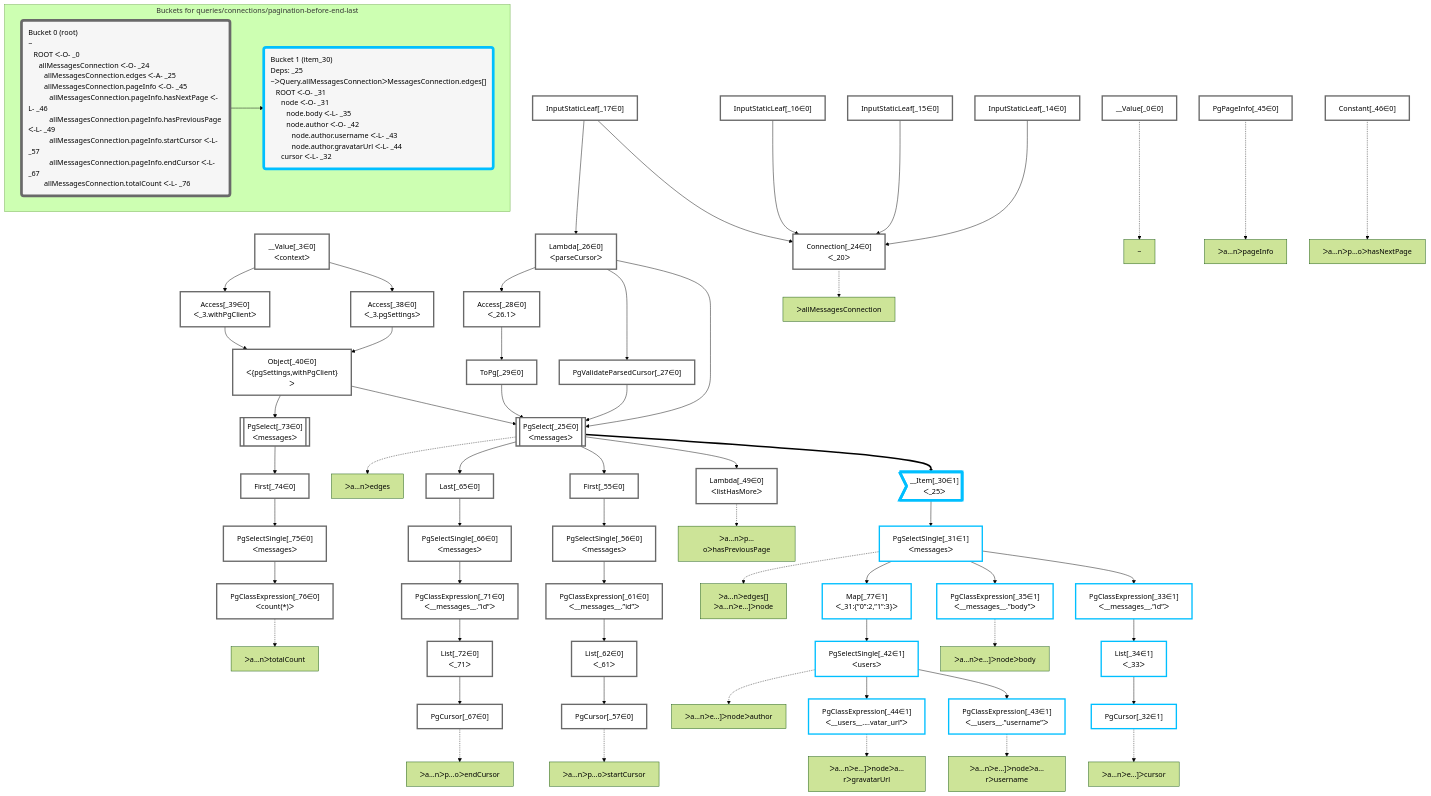
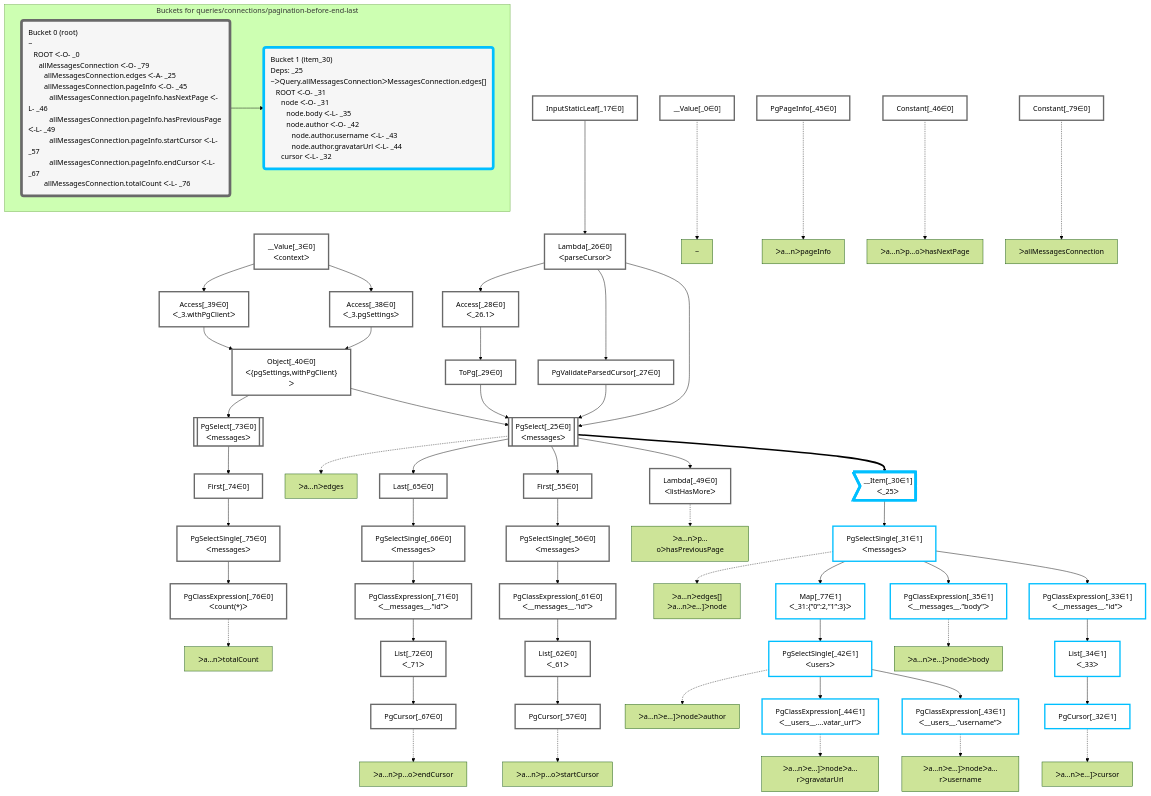
The diagram in packages/dataplan-pg/__tests__/queries/connections/pagination-before-end-last.mermaid.md (graphile/crystal), drawn with Mermaid (forest theme) before and after one commit. The commit also changed 57 other files, not shown here.

```diff
--- a/packages/dataplan-pg/__tests__/queries/connections/pagination-before-end-last.mermaid.md
+++ b/packages/dataplan-pg/__tests__/queries/connections/pagination-before-end-last.mermaid.md
@@ -39,15 +39,12 @@
     Access_38["Access[_38∈0]<br />ᐸ_3.pgSettingsᐳ"]:::plan
     Access_39["Access[_39∈0]<br />ᐸ_3.withPgClientᐳ"]:::plan
     __Value_3["__Value[_3∈0]<br />ᐸcontextᐳ"]:::plan
-    Connection_24["Connection[_24∈0]<br />ᐸ_20ᐳ"]:::plan
-    InputStaticLeaf_14["InputStaticLeaf[_14∈0]"]:::plan
-    InputStaticLeaf_15["InputStaticLeaf[_15∈0]"]:::plan
-    InputStaticLeaf_16["InputStaticLeaf[_16∈0]"]:::plan
     PgValidateParsedCursor_27["PgValidateParsedCursor[_27∈0]"]:::plan
     ToPg_29["ToPg[_29∈0]"]:::plan
     Access_28["Access[_28∈0]<br />ᐸ_26.1ᐳ"]:::plan
     Lambda_26["Lambda[_26∈0]<br />ᐸparseCursorᐳ"]:::plan
     InputStaticLeaf_17["InputStaticLeaf[_17∈0]"]:::plan
+    Constant_79["Constant[_79∈0]"]:::plan
     PgPageInfo_45["PgPageInfo[_45∈0]"]:::plan
     Constant_46["Constant[_46∈0]"]:::plan
 
@@ -81,7 +78,6 @@
     Access_38 & Access_39 --> Object_40
     __Value_3 --> Access_38
     __Value_3 --> Access_39
-    InputStaticLeaf_14 & InputStaticLeaf_15 & InputStaticLeaf_16 & InputStaticLeaf_17 --> Connection_24
     Lambda_26 --> PgValidateParsedCursor_27
     Access_28 --> ToPg_29
     Lambda_26 --> Access_28
@@ -90,8 +86,6 @@
     %% plan-to-path relationships
     P_0["~"]
     __Value_0 -.-> P_0
-    P_24["ᐳallMessagesConnection"]
-    Connection_24 -.-> P_24
     P_25["ᐳa…nᐳedges"]
     PgSelect_25 -.-> P_25
     P_31["ᐳa…nᐳedges[]<br />ᐳa…nᐳe…]ᐳnode"]
@@ -118,11 +112,13 @@
     PgCursor_67 -.-> P_67
     P_76["ᐳa…nᐳtotalCount"]
     PgClassExpression_76 -.-> P_76
+    P_79["ᐳallMessagesConnection"]
+    Constant_79 -.-> P_79
 
     subgraph "Buckets for queries/connections/pagination-before-end-last"
-    Bucket0("Bucket 0 (root)<br />~<br />⠀ROOT ᐸ-O- _0<br />⠀⠀allMessagesConnection ᐸ-O- _24<br />⠀⠀⠀allMessagesConnection.edges ᐸ-A- _25<br />⠀⠀⠀allMessagesConnection.pageInfo ᐸ-O- _45<br />⠀⠀⠀⠀allMessagesConnection.pageInfo.hasNextPage ᐸ-L- _46<br />⠀⠀⠀⠀allMessagesConnection.pageInfo.hasPreviousPage ᐸ-L- _49<br />⠀⠀⠀⠀allMessagesConnection.pageInfo.startCursor ᐸ-L- _57<br />⠀⠀⠀⠀allMessagesConnection.pageInfo.endCursor ᐸ-L- _67<br />⠀⠀⠀allMessagesConnection.totalCount ᐸ-L- _76"):::bucket
+    Bucket0("Bucket 0 (root)<br />~<br />⠀ROOT ᐸ-O- _0<br />⠀⠀allMessagesConnection ᐸ-O- _79<br />⠀⠀⠀allMessagesConnection.edges ᐸ-A- _25<br />⠀⠀⠀allMessagesConnection.pageInfo ᐸ-O- _45<br />⠀⠀⠀⠀allMessagesConnection.pageInfo.hasNextPage ᐸ-L- _46<br />⠀⠀⠀⠀allMessagesConnection.pageInfo.hasPreviousPage ᐸ-L- _49<br />⠀⠀⠀⠀allMessagesConnection.pageInfo.startCursor ᐸ-L- _57<br />⠀⠀⠀⠀allMessagesConnection.pageInfo.endCursor ᐸ-L- _67<br />⠀⠀⠀allMessagesConnection.totalCount ᐸ-L- _76"):::bucket
     classDef bucket0 stroke:#696969
-    class Bucket0,__Value_0,__Value_3,InputStaticLeaf_14,InputStaticLeaf_15,InputStaticLeaf_16,InputStaticLeaf_17,Connection_24,PgSelect_25,Lambda_26,PgValidateParsedCursor_27,Access_28,ToPg_29,Access_38,Access_39,Object_40,PgPageInfo_45,Constant_46,Lambda_49,First_55,PgSelectSingle_56,PgCursor_57,PgClassExpression_61,List_62,Last_65,PgSelectSingle_66,PgCursor_67,PgClassExpression_71,List_72,PgSelect_73,First_74,PgSelectSingle_75,PgClassExpression_76 bucket0
+    class Bucket0,__Value_0,__Value_3,InputStaticLeaf_17,PgSelect_25,Lambda_26,PgValidateParsedCursor_27,Access_28,ToPg_29,Access_38,Access_39,Object_40,PgPageInfo_45,Constant_46,Lambda_49,First_55,PgSelectSingle_56,PgCursor_57,PgClassExpression_61,List_62,Last_65,PgSelectSingle_66,PgCursor_67,PgClassExpression_71,List_72,PgSelect_73,First_74,PgSelectSingle_75,PgClassExpression_76,Constant_79 bucket0
     Bucket1("Bucket 1 (item_30)<br />Deps: _25<br />~ᐳQuery.allMessagesConnectionᐳMessagesConnection.edges[]<br />⠀ROOT ᐸ-O- _31<br />⠀⠀node ᐸ-O- _31<br />⠀⠀⠀node.body ᐸ-L- _35<br />⠀⠀⠀node.author ᐸ-O- _42<br />⠀⠀⠀⠀node.author.username ᐸ-L- _43<br />⠀⠀⠀⠀node.author.gravatarUrl ᐸ-L- _44<br />⠀⠀cursor ᐸ-L- _32"):::bucket
     classDef bucket1 stroke:#00bfff
     class Bucket1,__Item_30,PgSelectSingle_31,PgCursor_32,PgClassExpression_33,List_34,PgClassExpression_35,PgSelectSingle_42,PgClassExpression_43,PgClassExpression_44,Map_77 bucket1
```
